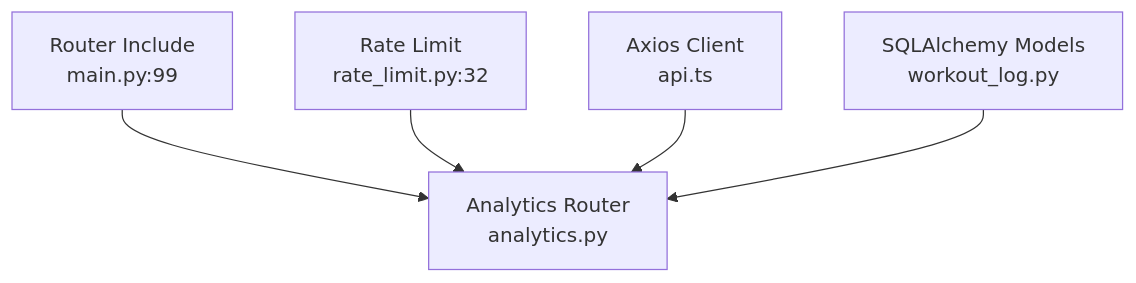
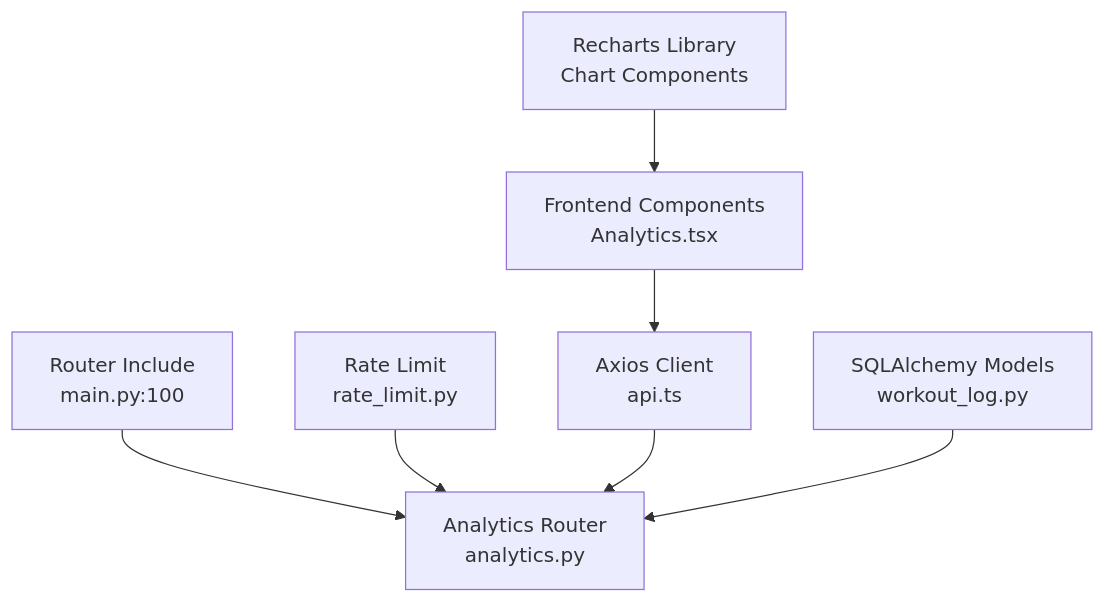
Before and after one commit to nilsnavi/fit_trackerpro: the seventh of 7 diagrams in .qoder/repowiki/en/content/Feature Implementation/Analytics & Insights Dashboard.md, drawn with Mermaid. The commit also changed other lines of this file and 19 other files, not shown here.

````diff
--- a/.qoder/repowiki/en/content/Feature Implementation/Analytics & Insights Dashboard.md
+++ b/.qoder/repowiki/en/content/Feature Implementation/Analytics & Insights Dashboard.md
@@ -278,7 +347,9 @@
 ```mermaid
 graph TB
-R["Router Include<br/>main.py:99"] --> A["Analytics Router<br/>analytics.py"]
-RL["Rate Limit<br/>rate_limit.py:32"] --> A
+R["Router Include<br/>main.py:100"] --> A["Analytics Router<br/>analytics.py"]
+RL["Rate Limit<br/>rate_limit.py"] --> A
 AX["Axios Client<br/>api.ts"] --> A
 DB["SQLAlchemy Models<br/>workout_log.py"] --> A
+FE["Frontend Components<br/>Analytics.tsx"] --> AX
+Charts["Recharts Library<br/>Chart Components"] --> FE
 ```
````
